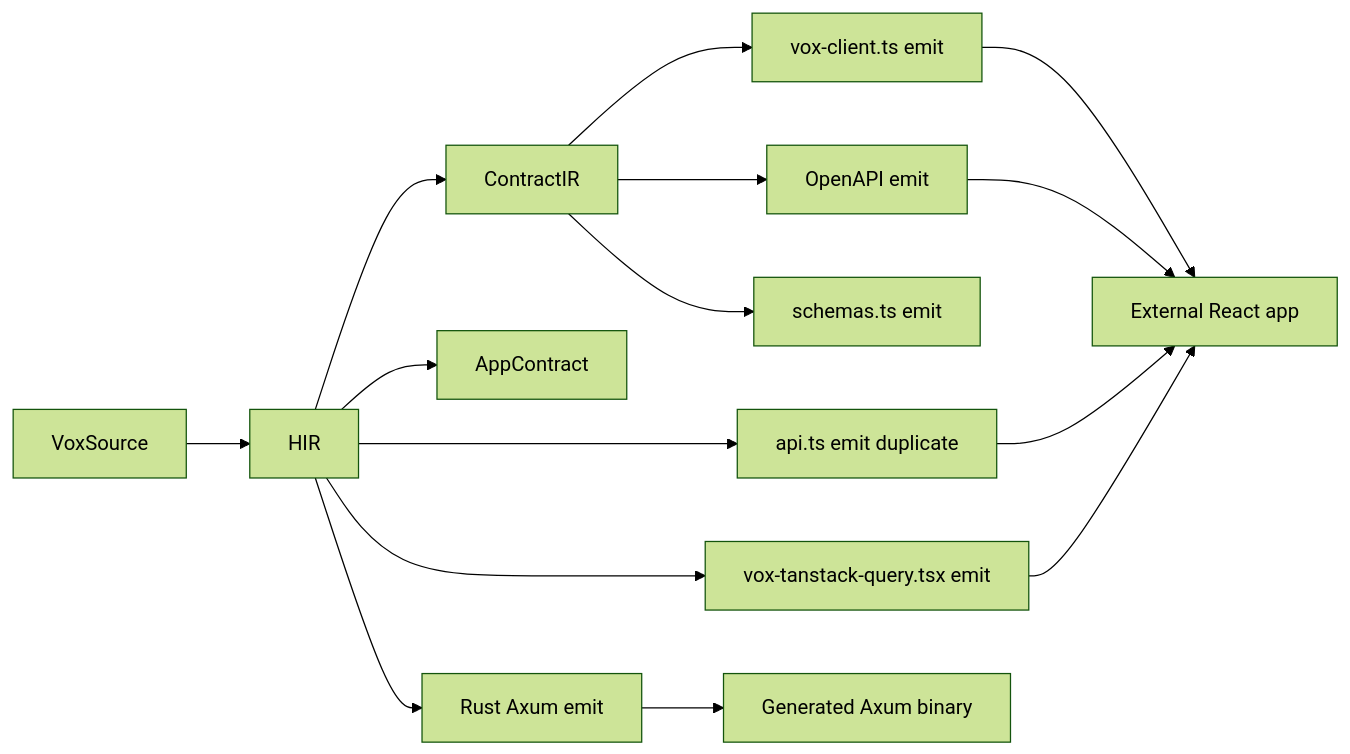
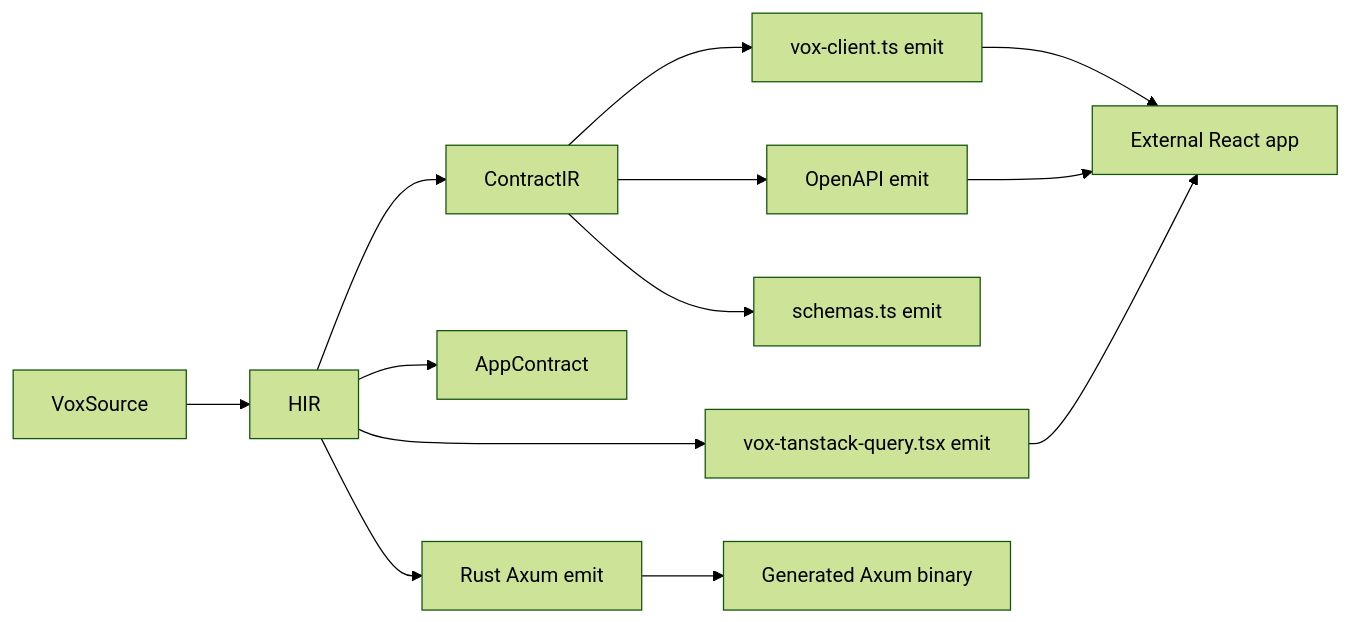
One commit to vox-foundation/vox changed the diagram in docs/src/architecture/vox-react-backend-interop-audit-2026.md. Above: the diagram before and after it, drawn with Mermaid (forest theme). The commit also changed other lines of this file and 47 other files, not shown here.

First line of the commit message:
feat(cli,codegen): emit client, build targets, TS wire errors

````diff
--- a/docs/src/architecture/vox-react-backend-interop-audit-2026.md
+++ b/docs/src/architecture/vox-react-backend-interop-audit-2026.md
@@ -52,17 +52,15 @@
 ```mermaid
 flowchart LR
   voxSource[VoxSource] --> hir[HIR]
   hir --> contractIr[ContractIR]
   hir --> appContract[AppContract]
   contractIr --> openapiEmit[OpenAPI emit]
   contractIr --> voxClient[vox-client.ts emit]
   contractIr --> zodEmit[schemas.ts emit]
-  hir --> apiClient[api.ts emit duplicate]
   hir --> rustHttp[Rust Axum emit]
   hir --> tanstackQuery[vox-tanstack-query.tsx emit]
   rustHttp --> axumServer[Generated Axum binary]
   voxClient --> reactApp[External React app]
   openapiEmit --> reactApp
-  apiClient --> reactApp
   tanstackQuery --> reactApp
 ```
````
